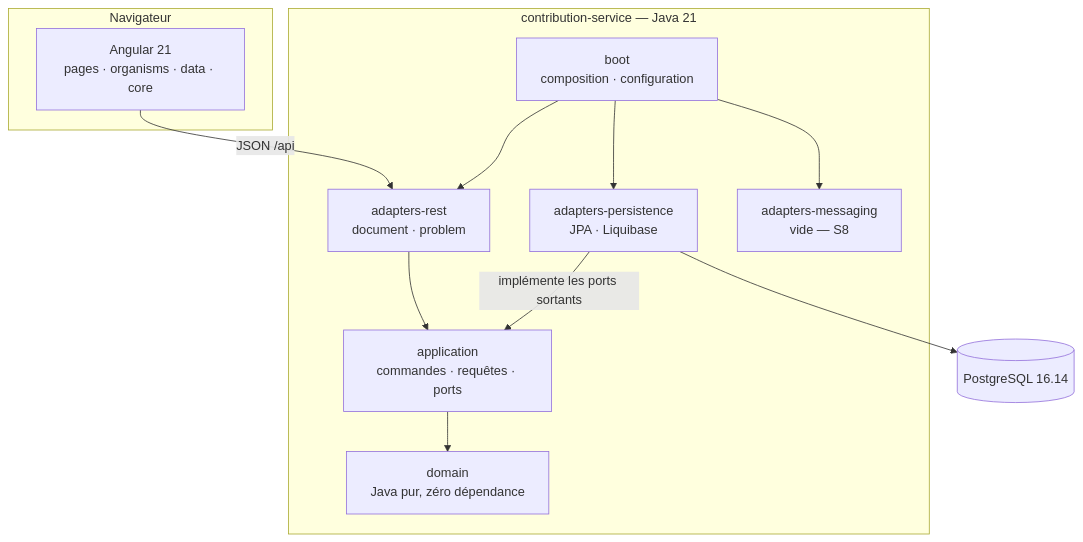
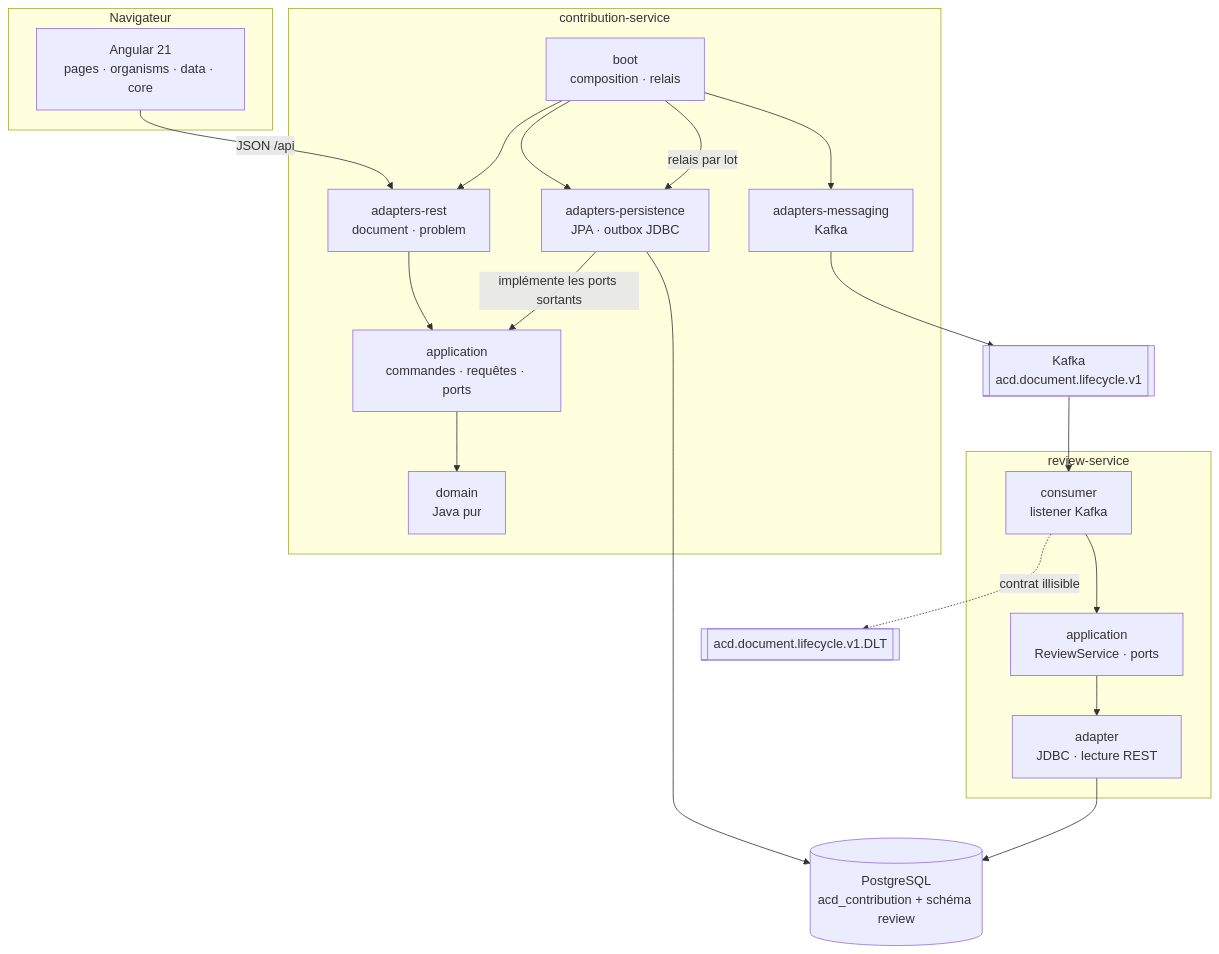
Before and after one commit to hfWalid/ACD-kata: the first of 2 diagrams in design/architecture.md, drawn with Mermaid. The commit also changed other lines of this file and 74 other files, not shown here.

````diff
--- a/design/architecture.md
+++ b/design/architecture.md
@@ -9,26 +9,41 @@
 ```mermaid
 flowchart TB
   subgraph Browser["Navigateur"]
     W["Angular 21<br/>pages · organisms · data · core"]
   end
 
-  subgraph Service["contribution-service — Java 21"]
+  subgraph Contribution["contribution-service"]
     R["adapters-rest<br/>document · problem"]
     A["application<br/>commandes · requêtes · ports"]
-    D["domain<br/>Java pur, zéro dépendance"]
-    P["adapters-persistence<br/>JPA · Liquibase"]
-    M["adapters-messaging<br/>vide — S8"]
-    B["boot<br/>composition · configuration"]
+    D["domain<br/>Java pur"]
+    P["adapters-persistence<br/>JPA · outbox JDBC"]
+    M["adapters-messaging<br/>Kafka"]
+    B["boot<br/>composition · relais"]
   end
 
-  DB[("PostgreSQL 16.14")]
+  subgraph Review["review-service"]
+    RC["consumer<br/>listener Kafka"]
+    RA["application<br/>ReviewService · ports"]
+    RP["adapter<br/>JDBC · lecture REST"]
+  end
+
+  DB[("PostgreSQL<br/>acd_contribution + schéma review")]
+  K[["Kafka<br/>acd.document.lifecycle.v1"]]
+  DLT[["acd.document.lifecycle.v1.DLT"]]
 
   W -->|"JSON /api"| R
   R --> A
   A --> D
   P -->|"implémente les ports sortants"| A
   B --> R
   B --> P
   B --> M
+  B -->|"relais par lot"| P
   P --> DB
+  M --> K
+  K --> RC
+  RC --> RA
+  RA --> RP
+  RP --> DB
+  RC -.->|"contrat illisible"| DLT
 ```
````
